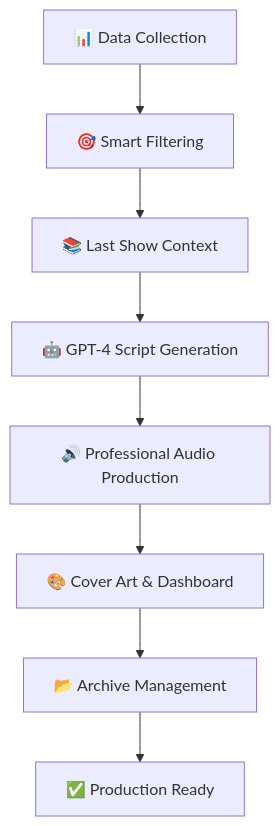
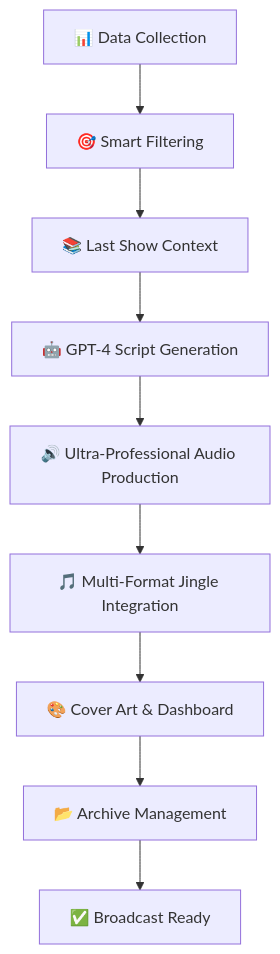
One commit to muraschal/radiox-backend changed the diagram in README.md. Above: the diagram before and after it, drawn with Mermaid. The commit also changed other lines of this file and 10 other files, not shown here.

````diff
--- a/README.md
+++ b/README.md
@@ -165,10 +183,11 @@
 ```mermaid
 graph TD
     A[📊 Data Collection] --> B[🎯 Smart Filtering]
     B --> C[📚 Last Show Context]
     C --> D[🤖 GPT-4 Script Generation]
-    D --> E[🔊 Professional Audio Production]
-    E --> F[🎨 Cover Art & Dashboard]
-    F --> G[📂 Archive Management]
-    G --> H[✅ Production Ready]
+    D --> E[🔊 Ultra-Professional Audio Production]
+    E --> F[🎵 Multi-Format Jingle Integration]
+    F --> G[🎨 Cover Art & Dashboard]
+    G --> H[📂 Archive Management]
+    H --> I[✅ Broadcast Ready]
 ```
````
